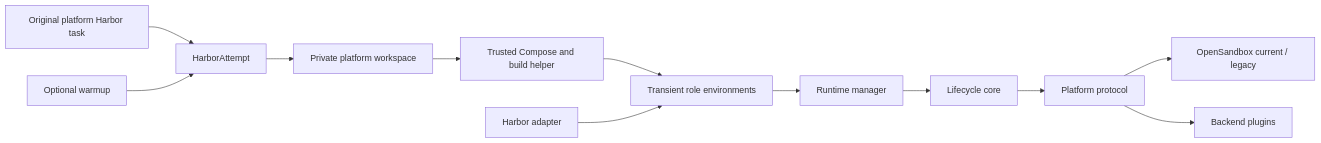
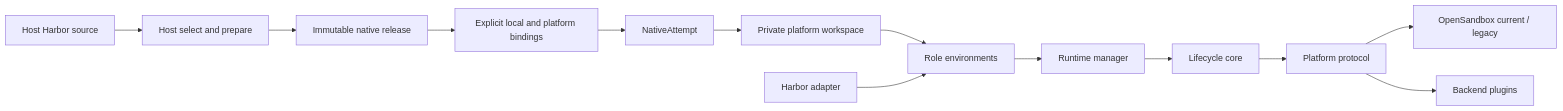
One commit to matrix72c/flotilla changed the diagram in docs/Architecture.md. Above: the diagram before and after it, drawn with Mermaid. The commit also changed other lines of this file and 68 other files, not shown here.

Commit message:
feat: publish portable native task releases and consume-only runtimes

````diff
--- a/docs/Architecture.md
+++ b/docs/Architecture.md
@@ -23,14 +25,15 @@
 ```mermaid
 flowchart LR
-    Source[Original platform Harbor task] --> Attempt[HarborAttempt]
-    Prepare[Optional warmup] --> Attempt
+    Source[Host Harbor source] --> Prepare[Host select and prepare]
+    Prepare --> Release[Immutable native release]
+    Release --> Binding[Explicit local and platform bindings]
+    Binding --> Attempt[NativeAttempt]
     Attempt --> Workspace[Private platform workspace]
-    Workspace --> Build[Trusted Compose and build helper]
-    Build --> API[Transient role environments]
+    Workspace --> API[Role environments]
     API --> Manager[Runtime manager]
     Manager --> Core[Lifecycle core]
     Core --> Platform[Platform protocol]
     Platform --> Backend[OpenSandbox current / legacy]
     Platform --> Plugin[Backend plugins]
     Harbor[Harbor adapter] --> API
 ```
````
